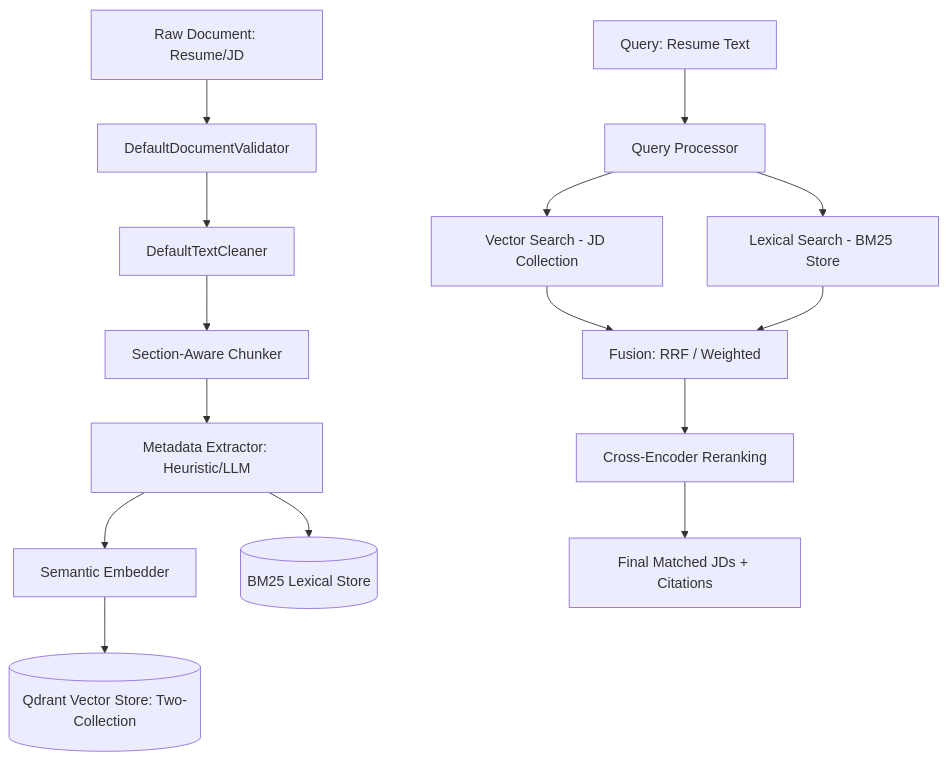
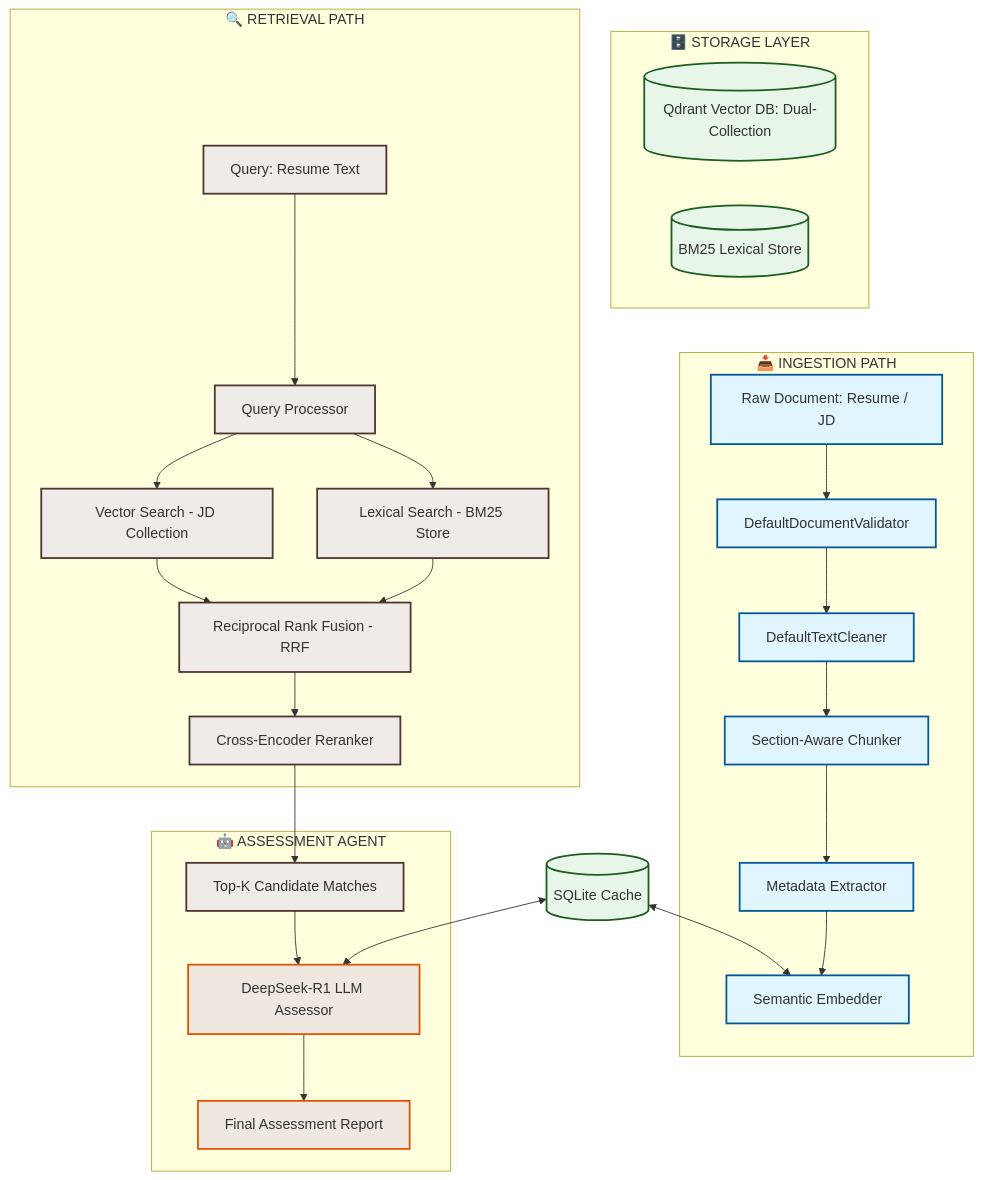
The diagram in README.md (cyan2003/AIC-Hackathon), drawn with Mermaid before and after one commit. The commit also changed other lines of this file and 2 other files, not shown here.

````diff
--- a/README.md
+++ b/README.md
@@ -23,18 +19,50 @@
 ```mermaid
 graph TD
-    A[Raw Document: Resume/JD] --> B[DefaultDocumentValidator]
-    B --> C[DefaultTextCleaner]
-    C --> D[Section-Aware Chunker]
-    D --> E[Metadata Extractor: Heuristic/LLM]
-    E --> F[Semantic Embedder]
-    F --> G[(Qdrant Vector Store: Two-Collection)]
-    E --> H[(BM25 Lexical Store)]
-    
-    I[Query: Resume Text] --> J[Query Processor]
-    J --> K[Vector Search - JD Collection]
-    J --> L[Lexical Search - BM25 Store]
-    K --> M[Fusion: RRF / Weighted]
-    L --> M
-    M --> N[Cross-Encoder Reranking]
-    N --> O[Final Matched JDs + Citations]
+    %% Styling
+    classDef ingest fill:#e1f5fe,stroke:#01579b,stroke-width:2px;
+    classDef retrieval fill:#efebe9,stroke:#4e342e,stroke-width:2px;
+    classDef agent fill:#efe8e0,stroke:#e65100,stroke-width:2px;
+    classDef db fill:#e8f5e9,stroke:#1b5e20,stroke-width:2px;
+
+    %% Ingestion Pipeline Nodes
+    subgraph Ingestion["📥 INGESTION PATH"]
+        A[Raw Document: Resume / JD] --> B[DefaultDocumentValidator]
+        B --> C[DefaultTextCleaner]
+        C --> D[Section-Aware Chunker]
+        D --> E[Metadata Extractor]
+        E --> F[Semantic Embedder]
+    end
+
+    %% Storage Nodes
+    subgraph Storage["🗄️ STORAGE LAYER"]
+        G[(Qdrant Vector DB: Dual-Collection)]
+        H[(BM25 Lexical Store)]
+    end
+
+    %% Retrieval Pipeline Nodes
+    subgraph Retrieval["🔍 RETRIEVAL PATH"]
+        I[Query: Resume Text] --> J[Query Processor]
+        J --> K[Vector Search - JD Collection]
+        J --> L[Lexical Search - BM25 Store]
+        K --> M[Reciprocal Rank Fusion - RRF]
+        L --> M
+        M --> N[Cross-Encoder Reranker]
+    end
+
+    %% Agent Flow Nodes
+    subgraph LLMAgent["🤖 ASSESSMENT AGENT"]
+        N --> O[Top-K Candidate Matches]
+        O --> P[DeepSeek-R1 LLM Assessor]
+        P --> Q[Final Assessment Report]
+    end
+
+    %% DB Cache
+    R[(SQLite Cache)] <--> F
+    R <--> P
+
+    %% Apply Styles
+    class A,B,C,D,E,F ingest;
+    class I,J,K,L,M,N,O retrieval;
+    class P,Q agent;
+    class G,H,R db;
 ```
````
